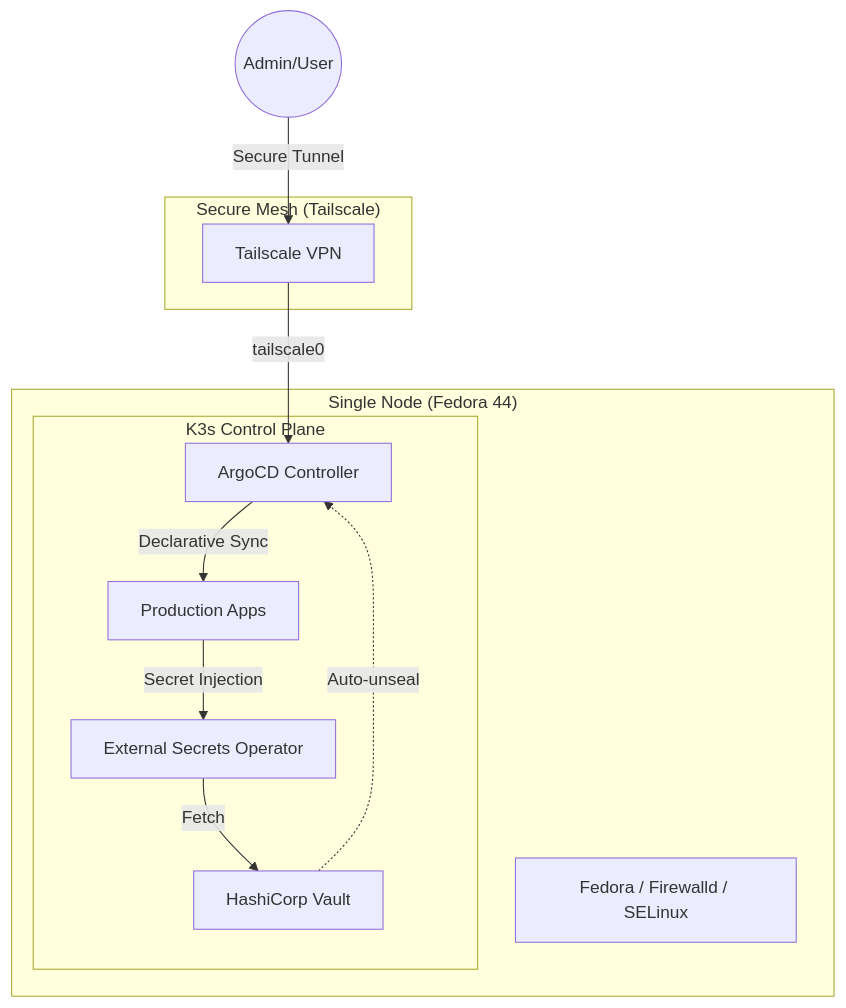
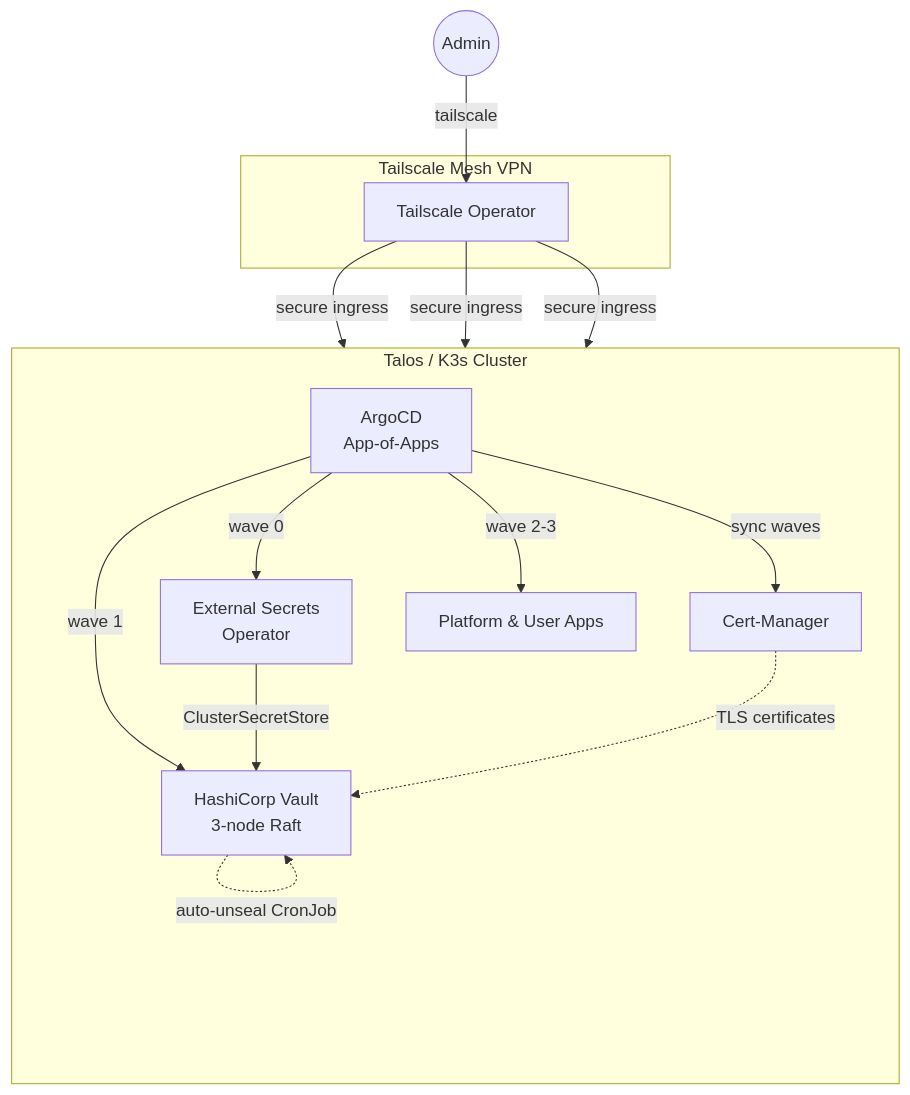
Before and after one commit to Seom88/secured-gitops-tailscale-homelab: the diagram in README.md, drawn with Mermaid. The commit also changed other lines of this file, not shown here.

Commit message:
docs: overhaul README to reflect Talos production migration and updated GitOps architecture

````diff
--- a/README.md
+++ b/README.md
@@ -19,23 +18,29 @@
 ```mermaid
 graph TD
-    subgraph "Secure Mesh (Tailscale)"
-        TS[Tailscale VPN]
-    end
-    
-    subgraph "Single Node (Fedora 44)"
-        subgraph "K3s Control Plane"
-            Argo[ArgoCD Controller]
-            Vault[HashiCorp Vault]
-            ESO[External Secrets Operator]
-            Apps[Production Apps]
-        end
-        OS[Fedora / Firewalld / SELinux]
+    subgraph "Tailscale Mesh VPN"
+        TS[Tailscale Operator]
     end
 
-    User((Admin/User)) -->|Secure Tunnel| TS
-    TS -->|tailscale0| Argo
-    Argo -->|Declarative Sync| Apps
-    Apps -->|Secret Injection| ESO
-    ESO -->|Fetch| Vault
-    Vault -.->|Auto-unseal| Argo
+    subgraph "Talos / K3s Cluster"
+        direction TB
+        Argo[ArgoCD<br/>App-of-Apps]
+        Vault[HashiCorp Vault<br/>3-node Raft]
+        ESO[External Secrets<br/>Operator]
+        Cert[Cert-Manager]
+        Apps[Platform & User Apps]
+
+        Argo -->|sync waves| Cert
+        Argo -->|wave 0| ESO
+        Argo -->|wave 1| Vault
+        Argo -->|wave 2-3| Apps
+    end
+
+    User((Admin)) -->|tailscale| TS
+    TS -->|secure ingress| Argo
+    TS -->|secure ingress| Vault
+    TS -->|secure ingress| Apps
+
+    ESO -->|ClusterSecretStore| Vault
+    Vault -.->|auto-unseal CronJob| Vault
+    Cert -.->|TLS certificates| Vault
 ```
````
